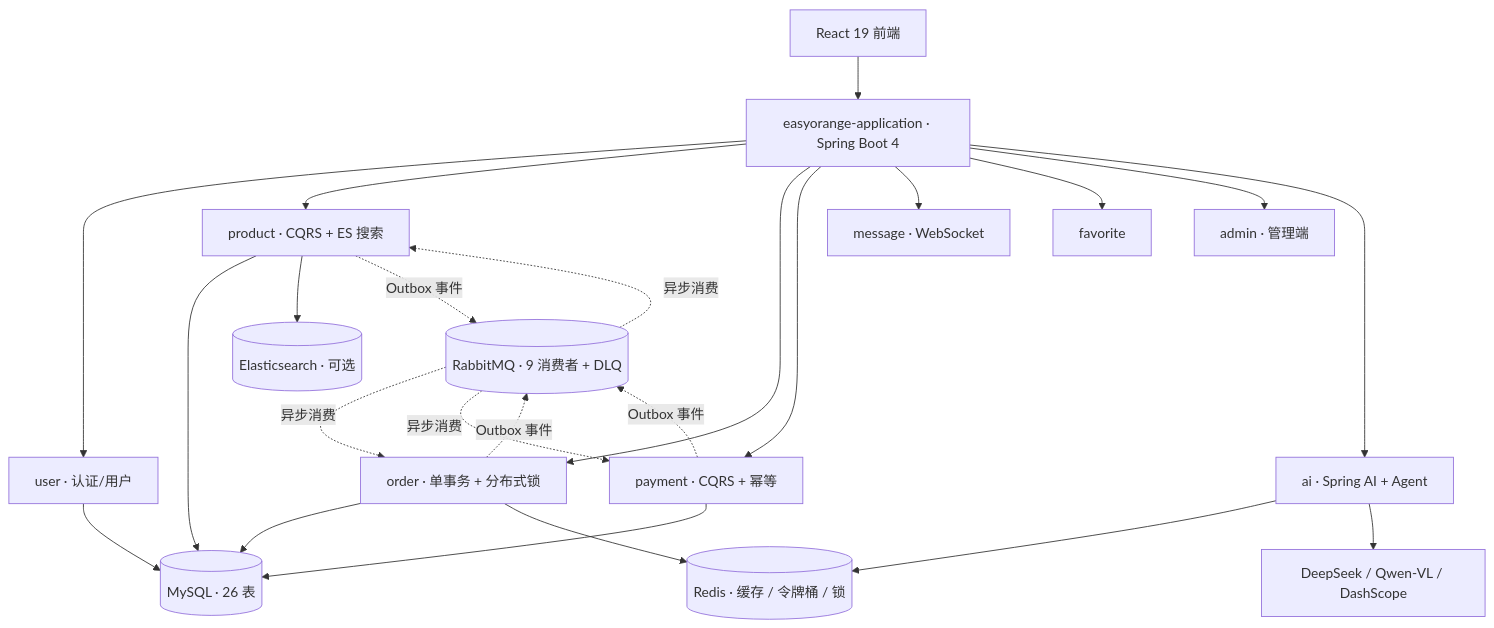
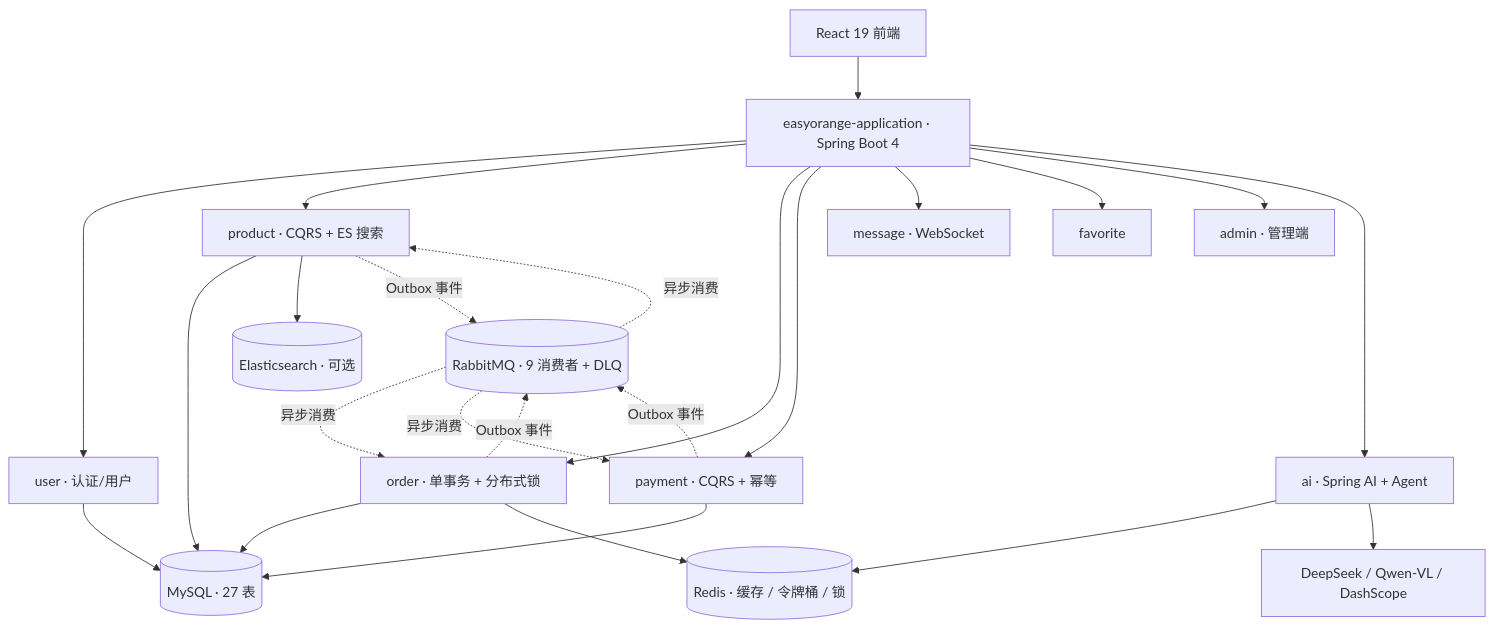
The diagram in README.md (Xytheria-t/EasyOrange), drawn with Mermaid before and after one commit. The commit also changed other lines of this file and 22 other files, not shown here.

````diff
--- a/README.md
+++ b/README.md
@@ -54,44 +54,44 @@
 ```mermaid
 flowchart TB
     FE["React 19 前端"]
     APP["easyorange-application · Spring Boot 4"]
     USER["user · 认证/用户"]
     PROD["product · CQRS + ES 搜索"]
     ORD["order · 单事务 + 分布式锁"]
     PAY["payment · CQRS + 幂等"]
     MSG["message · WebSocket"]
     FAV["favorite"]
     ADMIN["admin · 管理端"]
     AI["ai · Spring AI + Agent"]
     MQ[("RabbitMQ · 9 消费者 + DLQ")]
-    DB[("MySQL · 26 表")]
+    DB[("MySQL · 27 表")]
     REDIS[("Redis · 缓存 / 令牌桶 / 锁")]
     ES[("Elasticsearch · 可选")]
     LLM["DeepSeek / Qwen-VL / DashScope"]
 
     FE --> APP
     APP --> USER
     APP --> PROD
     APP --> ORD
     APP --> PAY
     APP --> MSG
     APP --> FAV
     APP --> ADMIN
     APP --> AI
 
     USER --> DB
     PROD --> DB
     ORD --> DB
     PAY --> DB
     PROD --> ES
     ORD --> REDIS
     AI --> REDIS
     AI --> LLM
 
     PROD -. "Outbox 事件" .-> MQ
     ORD -. "Outbox 事件" .-> MQ
     PAY -. "Outbox 事件" .-> MQ
     MQ -. "异步消费" .-> PROD
     MQ -. "异步消费" .-> ORD
     MQ -. "异步消费" .-> PAY
 ```
````
